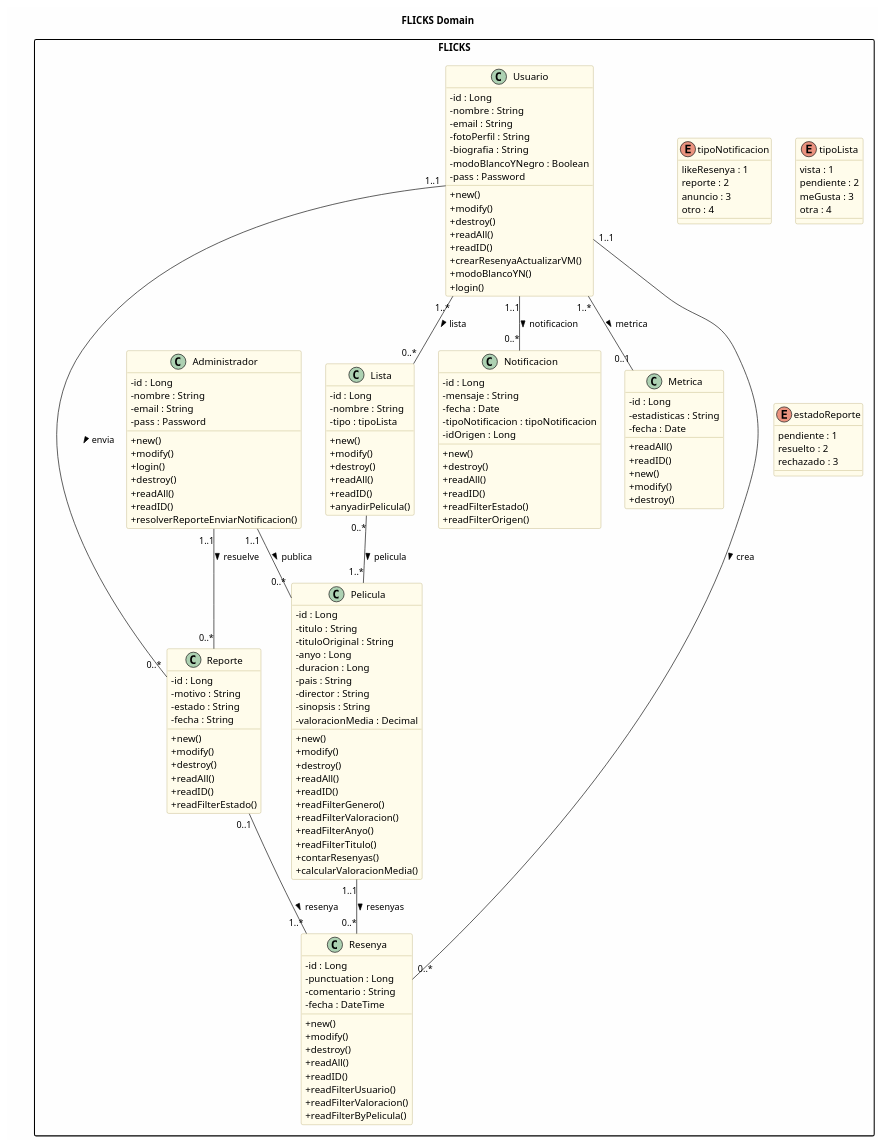
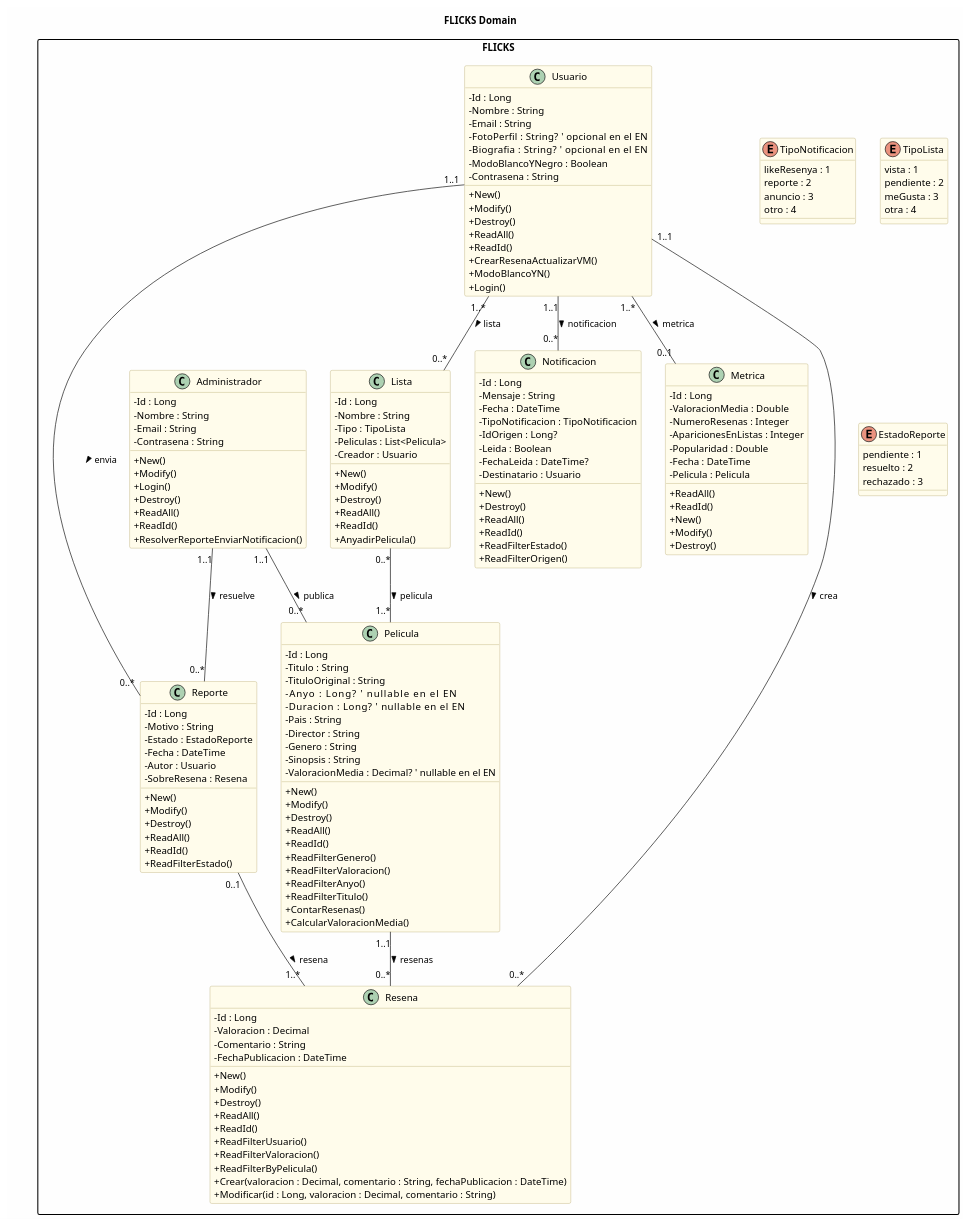
The diagram in new.puml (Knres/dsm_llm), drawn with PlantUML before and after one commit.

Commit message:
actualizado

```diff
--- a/new.puml
+++ b/new.puml
@@ -1,4 +1,4 @@
-@startuml
+@startuml FLICKS
 
 title FLICKS Domain
 ' ===============================================================
@@ -28,21 +28,21 @@
   ' ========================================
   ' ENUMS
   ' ========================================
-  enum tipoNotificacion {
+  enum TipoNotificacion {
     likeResenya : 1
     reporte : 2
     anuncio : 3
     otro : 4
   }
 
-  enum tipoLista {
+  enum TipoLista {
     vista : 1
     pendiente : 2
     meGusta : 3
     otra : 4
   }
 
-  enum estadoReporte {
+  enum EstadoReporte {
     pendiente : 1
     resuelto : 2
     rechazado : 3
@@ -53,130 +53,144 @@
   ' ========================================
 
   class Usuario {
-    - id : Long
-    - nombre : String
-    - email : String
-    - fotoPerfil : String
-    - biografia : String
-    - modoBlancoYNegro : Boolean
-    - pass : Password
-    + new()
-    + modify()
-    + destroy()
-    + readAll()
-    + readID()
-    + crearResenyaActualizarVM()
-    + modoBlancoYN()
-    + login()
+    - Id : Long
+    - Nombre : String
+    - Email : String
+    - FotoPerfil : String?    ' opcional en el EN
+    - Biografia : String?     ' opcional en el EN
+    - ModoBlancoYNegro : Boolean
+    - Contrasena : String
+    + New()
+    + Modify()
+    + Destroy()
+    + ReadAll()
+    + ReadId()
+    + CrearResenaActualizarVM()
+    + ModoBlancoYN()
+    + Login()
   }
 
   class Administrador {
-    - id : Long
-    - nombre : String
-    - email : String
-    - pass : Password
-    + new()
-    + modify()
-    + login()
-    + destroy()
-    + readAll()
-    + readID()
-    + resolverReporteEnviarNotificacion()
+    - Id : Long
+    - Nombre : String
+    - Email : String
+    - Contrasena : String
+    + New()
+    + Modify()
+    + Login()
+    + Destroy()
+    + ReadAll()
+    + ReadId()
+    + ResolverReporteEnviarNotificacion()
   }
 
   class Pelicula {
-    - id : Long
-    - titulo : String
-    - tituloOriginal : String
-    - anyo : Long
-    - duracion : Long
-    - pais : String
-    - director : String
-    - sinopsis : String
-    - valoracionMedia : Decimal
-    + new()
-    + modify()
-    + destroy()
-    + readAll()
-    + readID()
-    + readFilterGenero()
-    + readFilterValoracion()
-    + readFilterAnyo()
-    + readFilterTitulo()
-    + contarResenyas()
-    + calcularValoracionMedia()
+    - Id : Long
+    - Titulo : String
+    - TituloOriginal : String
+    - Anyo : Long?            ' nullable en el EN
+    - Duracion : Long?        ' nullable en el EN
+    - Pais : String
+    - Director : String
+    - Genero : String
+    - Sinopsis : String
+    - ValoracionMedia : Decimal? ' nullable en el EN
+    + New()
+    + Modify()
+    + Destroy()
+    + ReadAll()
+    + ReadId()
+    + ReadFilterGenero()
+    + ReadFilterValoracion()
+    + ReadFilterAnyo()
+    + ReadFilterTitulo()
+    + ContarResenas()
+    + CalcularValoracionMedia()
   }
 
-  class Resenya {
-    - id : Long
-    - punctuation : Long
-    - comentario : String
-    - fecha : DateTime
-    + new()
-    + modify()
-    + destroy()
-    + readAll()
-    + readID()
-    + readFilterUsuario()
-    + readFilterValoracion()
-    + readFilterByPelicula()
+  class Resena {
+    - Id : Long
+    - Valoracion : Decimal
+    - Comentario : String
+    - FechaPublicacion : DateTime
+    + New()
+    + Modify()
+    + Destroy()
+    + ReadAll()
+    + ReadId()
+    + ReadFilterUsuario()
+    + ReadFilterValoracion()
+    + ReadFilterByPelicula()
+    + Crear(valoracion : Decimal, comentario : String, fechaPublicacion : DateTime)
+    + Modificar(id : Long, valoracion : Decimal, comentario : String)
   }
 
   class Lista {
-    - id : Long
-    - nombre : String
-    - tipo : tipoLista
-    + new()
-    + modify()
-    + destroy()
-    + readAll()
-    + readID()
-    + anyadirPelicula()
+    - Id : Long
+    - Nombre : String
+    - Tipo : TipoLista
+    - Peliculas : List<Pelicula>
+    - Creador : Usuario
+    + New()
+    + Modify()
+    + Destroy()
+    + ReadAll()
+    + ReadId()
+    + AnyadirPelicula()
   }
 
   class Reporte {
-    - id : Long
-    - motivo : String
-    - estado : String
-    - fecha : String
-    + new()
-    + modify()
-    + destroy()
-    + readAll()
-    + readID()
-    + readFilterEstado()
+    - Id : Long
+    - Motivo : String
+    - Estado : EstadoReporte
+    - Fecha : DateTime
+    - Autor : Usuario
+    - SobreResena : Resena
+    + New()
+    + Modify()
+    + Destroy()
+    + ReadAll()
+    + ReadId()
+    + ReadFilterEstado()
   }
 
   class Notificacion {
-    - id : Long
-    - mensaje : String
-    - fecha : Date
-    - tipoNotificacion : tipoNotificacion
-    - idOrigen : Long
-    + new()
-    + destroy()
-    + readAll()
-    + readID()
-    + readFilterEstado()
-    + readFilterOrigen()
+    - Id : Long
+    - Mensaje : String
+    - Fecha : DateTime
+    - TipoNotificacion : TipoNotificacion
+    - IdOrigen : Long?
+    - Leida : Boolean
+    - FechaLeida : DateTime?
+    - Destinatario : Usuario
+    + New()
+    + Destroy()
+    + ReadAll()
+    + ReadId()
+    + ReadFilterEstado()
+    + ReadFilterOrigen()
   }
 
   class Metrica {
-    - id : Long
-    - estadisticas : String
-    - fecha : Date
-    + readAll()
-    + readID()
-    + new()
-    + modify()
-    + destroy()
+    - Id : Long
+    - ValoracionMedia : Double
+    - NumeroResenas : Integer
+    - AparicionesEnListas : Integer
+    - Popularidad : Double
+    - Fecha : DateTime
+    - Pelicula : Pelicula
+    + ReadAll()
+    + ReadId()
+    + New()
+    + Modify()
+    + Destroy()
   }
 
   ' ========================================
   ' RELACIONES
   ' ========================================
 
-  Usuario "1..1" -- "0..*" Resenya : crea >
+  Usuario "1..1" -- "0..*" Resena : crea >
   Usuario "1..*" -- "0..*" Lista : lista >
   Usuario "1..1" -- "0..*" Reporte : envia >
   Usuario "1..1" -- "0..*" Notificacion : notificacion >
@@ -184,7 +198,7 @@
   Administrador "1..1" -- "0..*" Pelicula : publica >
   Administrador "1..1" -- "0..*" Reporte : resuelve >
   Lista "0..*" -- "1..*" Pelicula : pelicula >
-  Reporte "0..1" -- "1..*" Resenya : resenya >
-  Pelicula "1..1" -- "0..*" Resenya : resenyas >
+  Reporte "0..1" -- "1..*" Resena : resena >
+  Pelicula "1..1" -- "0..*" Resena : resenas >
 }
 @enduml
```
